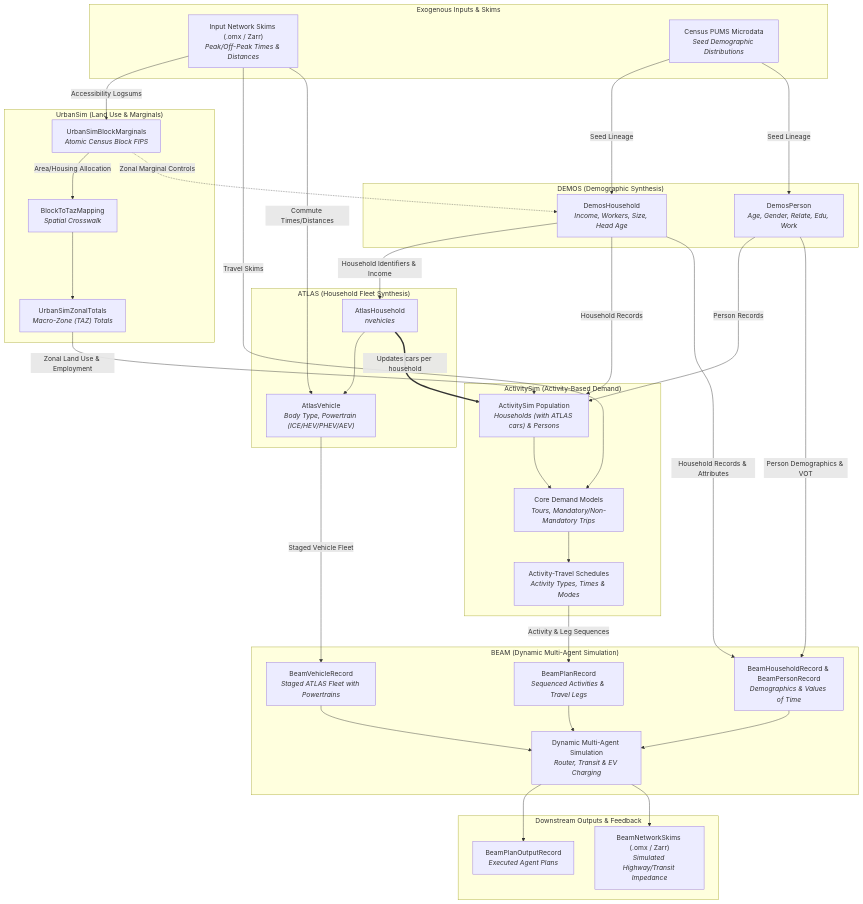
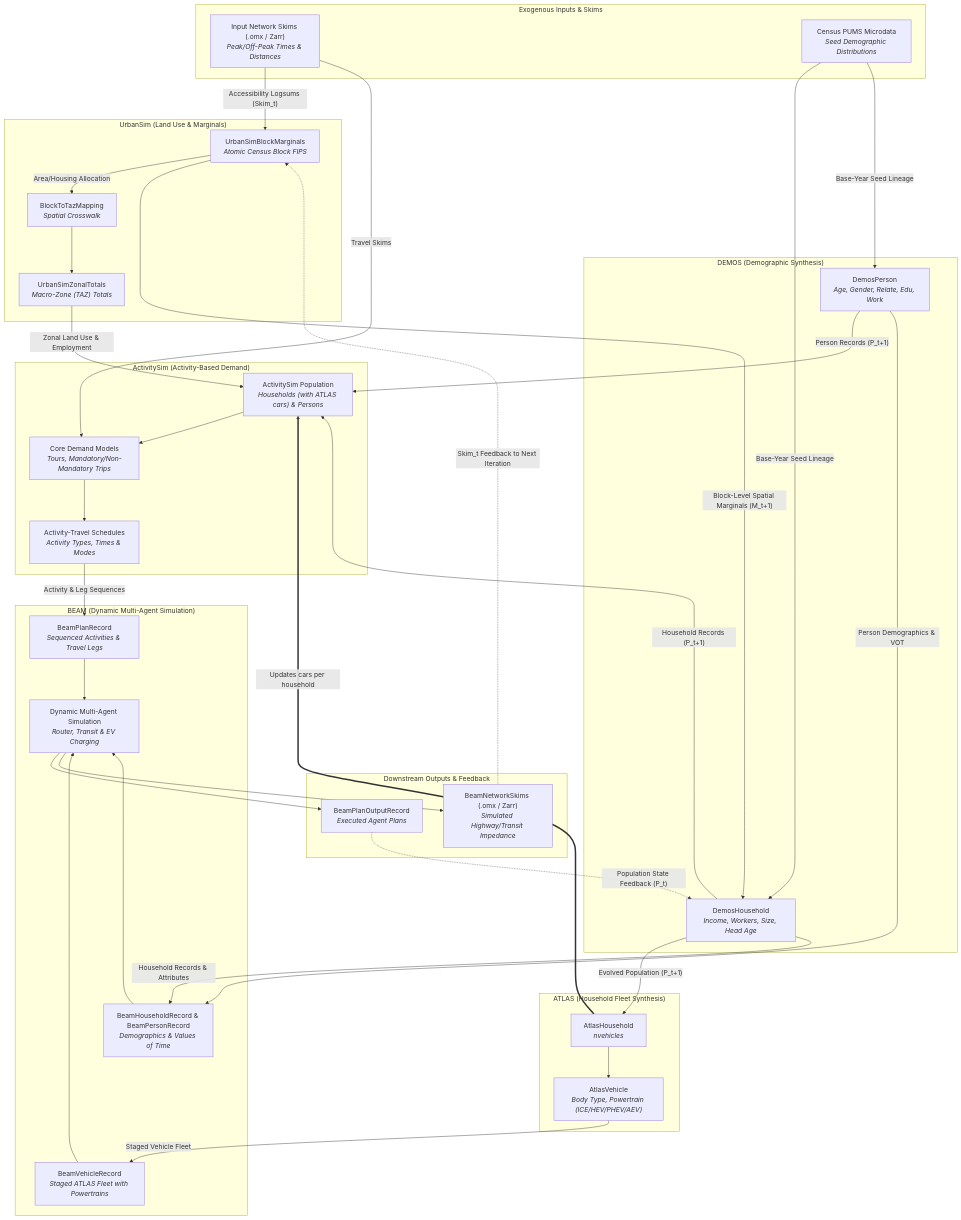
Before and after one commit to LBNL-UCB-STI/synergy-schema: the second of 10 diagrams in docs/cross-model-mappings/deliverable_1_uml.md, drawn with Mermaid. The commit also changed other lines of this file and 14 other files, not shown here.

Commit message:
docs: align multi-year loop diagram, simplify index, and fix math and Mermaid rendering

```diff
--- a/docs/cross-model-mappings/deliverable_1_uml.md
+++ b/docs/cross-model-mappings/deliverable_1_uml.md
@@ -128,31 +130,30 @@
         end
 
         %% Connections
-        SkimsIn_B -->|Accessibility Logsums| US_Block_B
-        SkimsIn_B -->|Travel Skims| AS_Core
-        SkimsIn_B -->|Commute Times/Distances| ATLAS_V_B
-        PUMS_B -->|Seed Lineage| DEMOS_HH_B
-        PUMS_B -->|Seed Lineage| DEMOS_P_B
+        SkimsIn_B -->|"Accessibility Logsums (Skim_t)"| US_Block_B
+        SkimsIn_B -->|"Travel Skims"| AS_Core
+        PUMS_B -->|"Base-Year Seed Lineage"| DEMOS_HH_B
+        PUMS_B -->|"Base-Year Seed Lineage"| DEMOS_P_B
 
-        US_Block_B -->|Area/Housing Allocation| US_Map_B
+        US_Block_B -->|"Area/Housing Allocation"| US_Map_B
         US_Map_B --> US_Zone_B
-        US_Zone_B -->|Zonal Land Use & Employment| AS_Pop
-        US_Block_B -.->|Zonal Marginal Controls| DEMOS_HH_B
+        US_Zone_B -->|"Zonal Land Use & Employment"| AS_Pop
+        US_Block_B -->|"Block-Level Spatial Marginals (M_t+1)"| DEMOS_HH_B
 
-        DEMOS_HH_B -->|Household Identifiers & Income| ATLAS_HH_B
-        DEMOS_HH_B -->|Household Records| AS_Pop
-        DEMOS_P_B -->|Person Records| AS_Pop
+        DEMOS_HH_B -->|"Evolved Population (P_t+1)"| ATLAS_HH_B
+        DEMOS_HH_B -->|"Household Records (P_t+1)"| AS_Pop
+        DEMOS_P_B -->|"Person Records (P_t+1)"| AS_Pop
 
         ATLAS_HH_B --> ATLAS_V_B
-        ATLAS_HH_B ==>|Updates cars per household| AS_Pop
-        ATLAS_V_B -->|Staged Vehicle Fleet| BEAM_Veh
+        ATLAS_HH_B ==>|"Updates cars per household"| AS_Pop
+        ATLAS_V_B -->|"Staged Vehicle Fleet"| BEAM_Veh
 
         AS_Pop --> AS_Core
         AS_Core --> AS_Plans
 
-        DEMOS_HH_B -->|Household Records & Attributes| BEAM_Pop
-        DEMOS_P_B -->|Person Demographics & VOT| BEAM_Pop
-        AS_Plans -->|Activity & Leg Sequences| BEAM_Plans
+        DEMOS_HH_B -->|"Household Records & Attributes"| BEAM_Pop
+        DEMOS_P_B -->|"Person Demographics & VOT"| BEAM_Pop
+        AS_Plans -->|"Activity & Leg Sequences"| BEAM_Plans
 
         BEAM_Pop --> BEAM_Sim
         BEAM_Veh --> BEAM_Sim
@@ -160,6 +161,8 @@
 
         BEAM_Sim --> BEAM_Out
         BEAM_Sim --> BEAM_Skims
+        BEAM_Out -.->|"Population State Feedback (P_t)"| DEMOS_HH_B
+        BEAM_Skims -.->|"Skim_t Feedback to Next Iteration"| US_Block_B
 
         %% Interactive Clickable Schema Links
         click SkimsIn_B "../schema/InputNetworkSkims/" "View InputNetworkSkims LinkML documentation"
```
